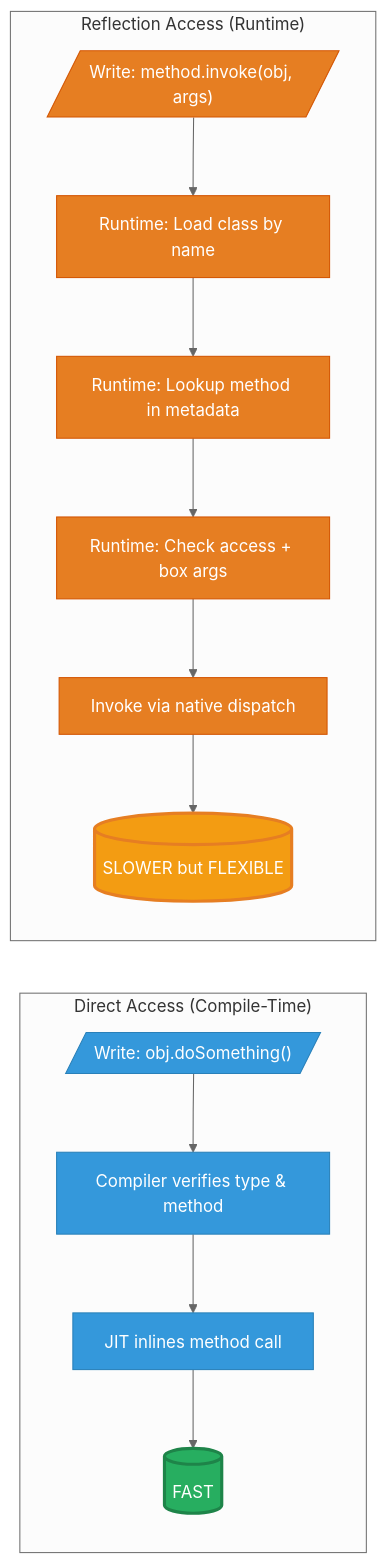
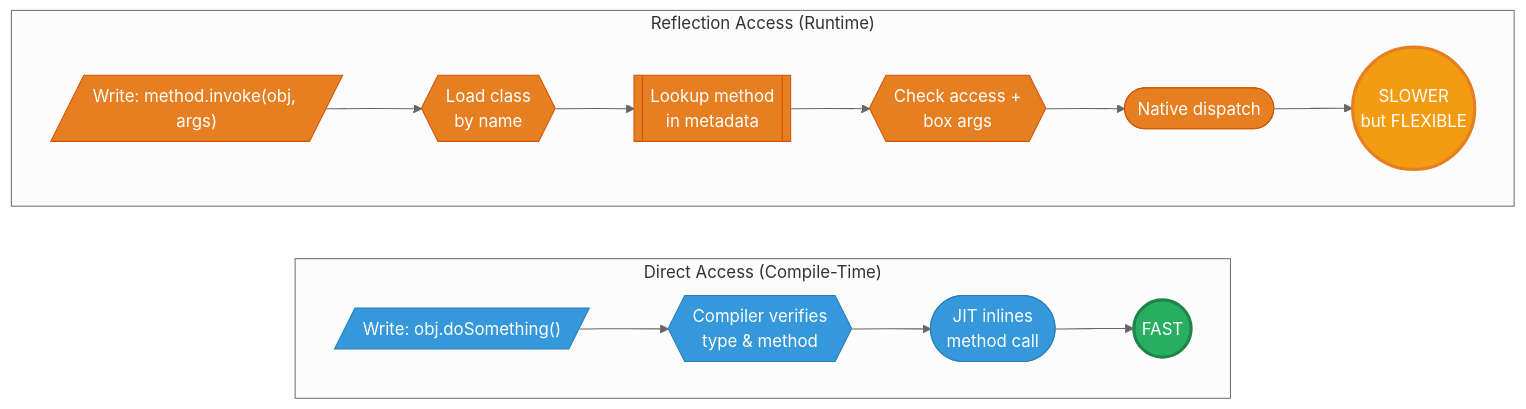
Before and after one commit to saivamsikaruturi/vamsilabs-dev-notes-main: the third of 4 diagrams in docs/java/Reflection.md, drawn with Mermaid (neutral theme). The commit also changed other lines of this file and 146 other files, not shown here.

Commit message:
Horizontal diagrams, UML class diagrams, typography overhaul, and permalink cleanup

````diff
--- a/docs/java/Reflection.md
+++ b/docs/java/Reflection.md
@@ -118,27 +118,17 @@
 ```mermaid
 flowchart LR
     subgraph normal["Direct Access (Compile-Time)"]
-        direction TB
-        N1[/"Write: obj.doSomething()"/]:::blueNode
-        N2["Compiler verifies type & method"]:::blueNode
-        N3["JIT inlines method call"]:::blueNode
-        N4[("FAST")]:::greenNode
-        N1 --> N2 --> N3 --> N4
+        direction LR
+        N1[/"Write: obj.doSomething()"/]:::blueNode --> N2{{"Compiler verifies<br/>type & method"}}:::blueNode --> N3(["JIT inlines<br/>method call"]):::blueNode --> N4(("FAST")):::greenNode
     end
 
     subgraph reflect["Reflection Access (Runtime)"]
-        direction TB
-        R1[/"Write: method.invoke(obj, args)"/]:::orangeNode
-        R2["Runtime: Load class by name"]:::orangeNode
-        R3["Runtime: Lookup method in metadata"]:::orangeNode
-        R4["Runtime: Check access + box args"]:::orangeNode
-        R5["Invoke via native dispatch"]:::orangeNode
-        R6[("SLOWER but FLEXIBLE")]:::yellowNode
-        R1 --> R2 --> R3 --> R4 --> R5 --> R6
+        direction LR
+        R1[/"Write: method.invoke(obj, args)"/]:::orangeNode --> R2{{"Load class<br/>by name"}}:::orangeNode --> R3[["Lookup method<br/>in metadata"]]:::orangeNode --> R4{{"Check access +<br/>box args"}}:::orangeNode --> R5(["Native dispatch"]):::orangeNode --> R6(("SLOWER<br/>but FLEXIBLE")):::yellowNode
     end
 
     classDef blueNode fill:#3498DB,color:#fff,stroke:#2980B9
     classDef greenNode fill:#27AE60,color:#fff,stroke:#1E8449,stroke-width:3px
     classDef orangeNode fill:#E67E22,color:#fff,stroke:#D35400
     classDef yellowNode fill:#F39C12,color:#fff,stroke:#E67E22,stroke-width:3px
 ```
````
